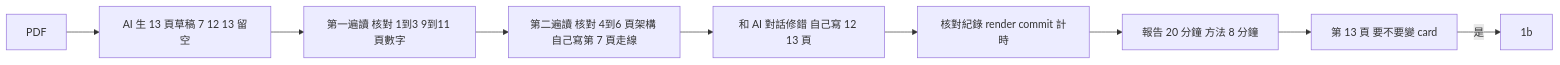
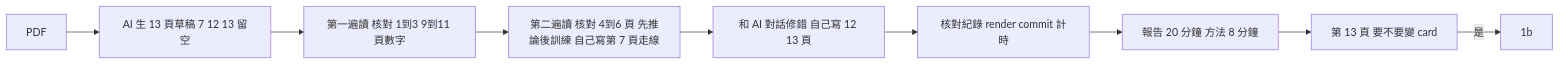
The diagram in guides/paper_reading/paper_to_slides.md (SigSpeechAI-NTNU/Lab-Hub), drawn with Mermaid before and after one commit. The commit also changed other lines of this file and 3 other files, not shown here.

````diff
--- a/guides/paper_reading/paper_to_slides.md
+++ b/guides/paper_reading/paper_to_slides.md
@@ -23,11 +24,11 @@
 ```mermaid
 flowchart LR
   P[PDF] --> AI[AI 生 13 頁草稿 7 12 13 留空]
   AI --> R1[第一遍讀 核對 1到3 9到11 頁數字]
-  R1 --> R2[第二遍讀 核對 4到6 頁架構 自己寫第 7 頁走線]
+  R1 --> R2[第二遍讀 核對 4到6 頁 先推論後訓練 自己寫第 7 頁走線]
   R2 --> FX[和 AI 對話修錯 自己寫 12 13 頁]
   FX --> OUT[核對紀錄 render commit 計時]
   OUT --> T[報告 20 分鐘 方法 8 分鐘]
   T --> C[第 13 頁 要不要變 card]
   C -->|是| IB[1b]
 ```
````
